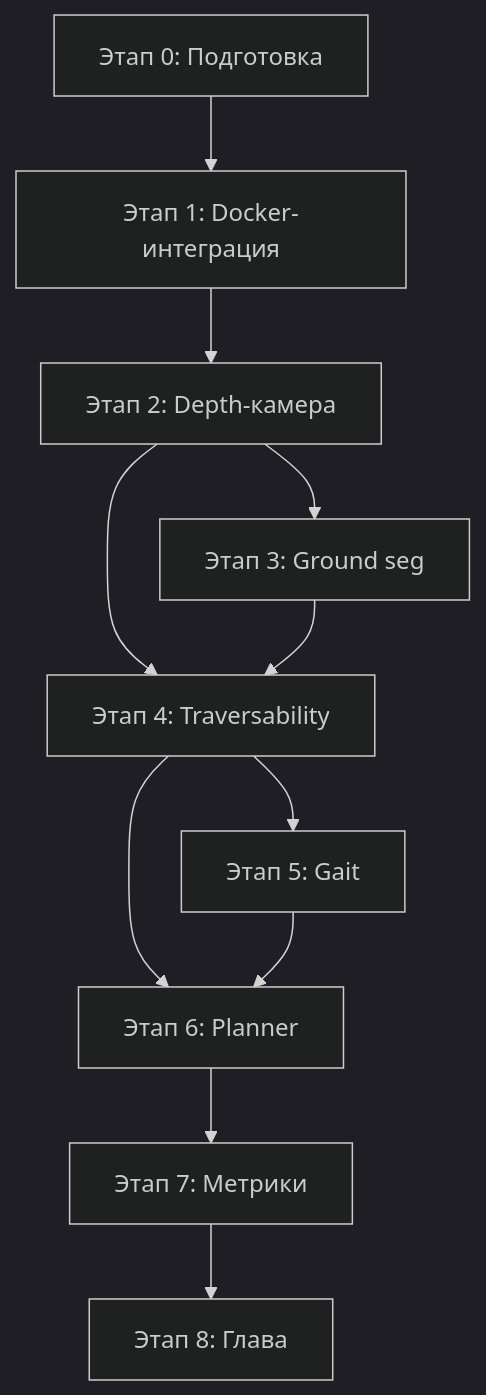
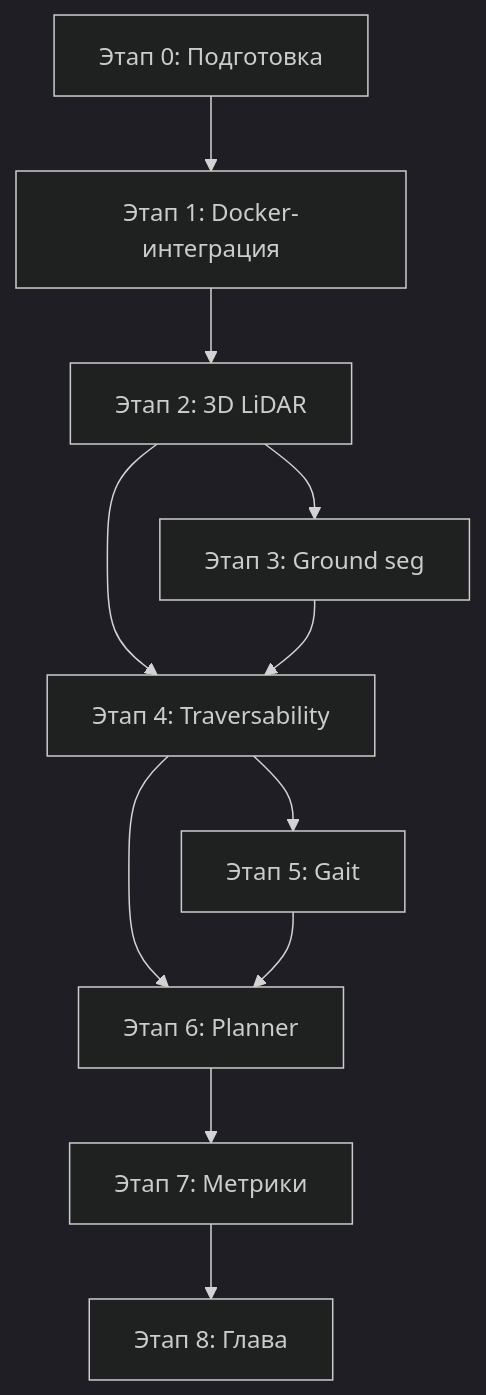
One commit to RedAlexDad/WalkingRobotSim changed the diagram in reports/elevation-mapping/Декомпозиция-интеграции-elevation-mapping.md. Above: the diagram before and after it, drawn with Mermaid (dark theme). The commit also changed other lines of this file and 4 other files, not shown here.

````diff
--- a/reports/elevation-mapping/Декомпозиция-интеграции-elevation-mapping.md
+++ b/reports/elevation-mapping/Декомпозиция-интеграции-elevation-mapping.md
@@ -293,13 +307,13 @@
 ```mermaid
 graph TD
     A[Этап 0: Подготовка] --> B[Этап 1: Docker-интеграция]
-    B --> C[Этап 2: Depth-камера]
+    B --> C[Этап 2: 3D LiDAR]
     C --> D[Этап 3: Ground seg]
     C --> E[Этап 4: Traversability]
     D --> E
     E --> F[Этап 5: Gait]
     E --> G[Этап 6: Planner]
     F --> G
     G --> H[Этап 7: Метрики]
     H --> I[Этап 8: Глава]
 ```
````
